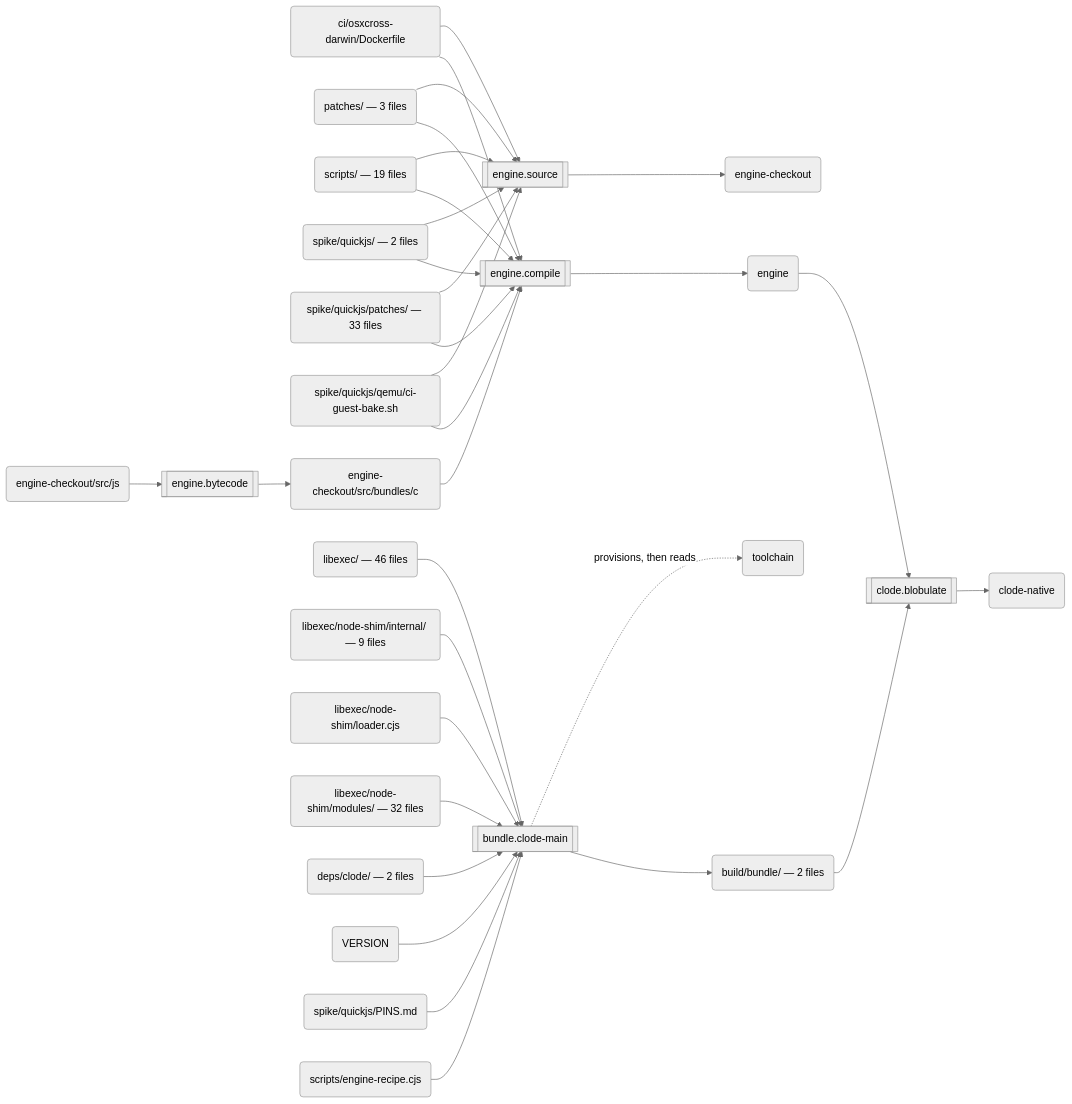
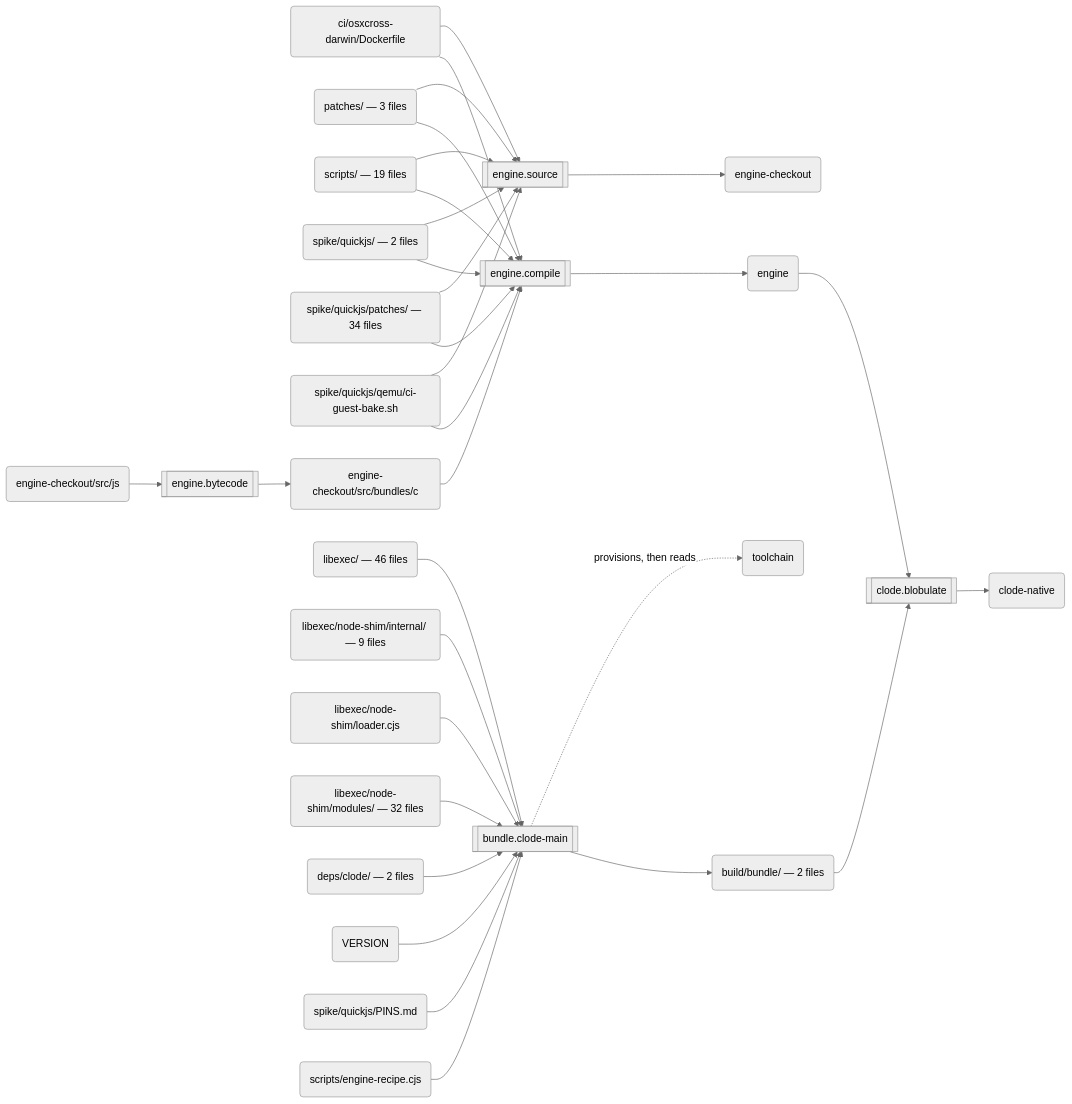
Before and after one commit to schmonz/clode: the second of 3 diagrams in docs/build.md, drawn with Mermaid (neutral theme). The commit also changed other lines of this file and 7 other files, not shown here.

````diff
--- a/docs/build.md
+++ b/docs/build.md
@@ -123,59 +123,59 @@
 ```mermaid
 flowchart LR
   s0[["engine.source"]]
   a0("ci/osxcross-darwin/Dockerfile")
   a1("patches/ — 3 files")
   a2("scripts/ — 19 files")
   a3("spike/quickjs/ — 2 files")
-  a4("spike/quickjs/patches/ — 33 files")
+  a4("spike/quickjs/patches/ — 34 files")
   a5("spike/quickjs/qemu/ci-guest-bake.sh")
   a6("engine-checkout")
   s1[["engine.bytecode"]]
   a7("engine-checkout/src/js")
   a8("engine-checkout/src/bundles/c")
   s2[["engine.compile"]]
   a9("engine")
   s3[["bundle.clode-main"]]
   a10("libexec/ — 46 files")
   a11("libexec/node-shim/internal/ — 9 files")
   a12("libexec/node-shim/loader.cjs")
   a13("libexec/node-shim/modules/ — 32 files")
   a14("deps/clode/ — 2 files")
   a15("VERSION")
   a16("spike/quickjs/PINS.md")
   a17("scripts/engine-recipe.cjs")
   a18("toolchain")
   a19("build/bundle/ — 2 files")
   s4[["clode.blobulate"]]
   a20("clode-native")
   a0 --> s0
   a1 --> s0
   a2 --> s0
   a3 --> s0
   a4 --> s0
   a5 --> s0
   s0 --> a6
   a7 --> s1
   s1 --> a8
   a8 --> s2
   a0 --> s2
   a1 --> s2
   a2 --> s2
   a3 --> s2
   a4 --> s2
   a5 --> s2
   s2 --> a9
   a10 --> s3
   a11 --> s3
   a12 --> s3
   a13 --> s3
   a14 --> s3
   a15 --> s3
   a16 --> s3
   a17 --> s3
   s3 -.->|"provisions, then reads"| a18
   s3 --> a19
   a9 --> s4
   a19 --> s4
   s4 --> a20
 ```
````
